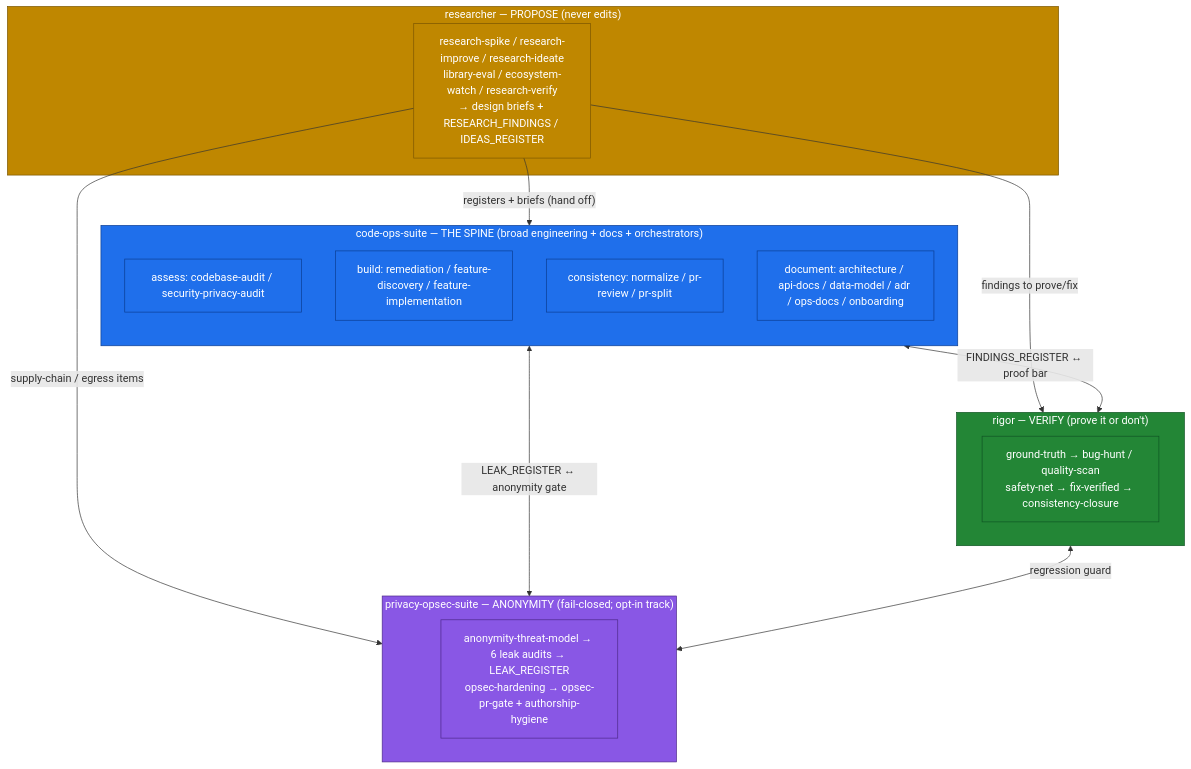
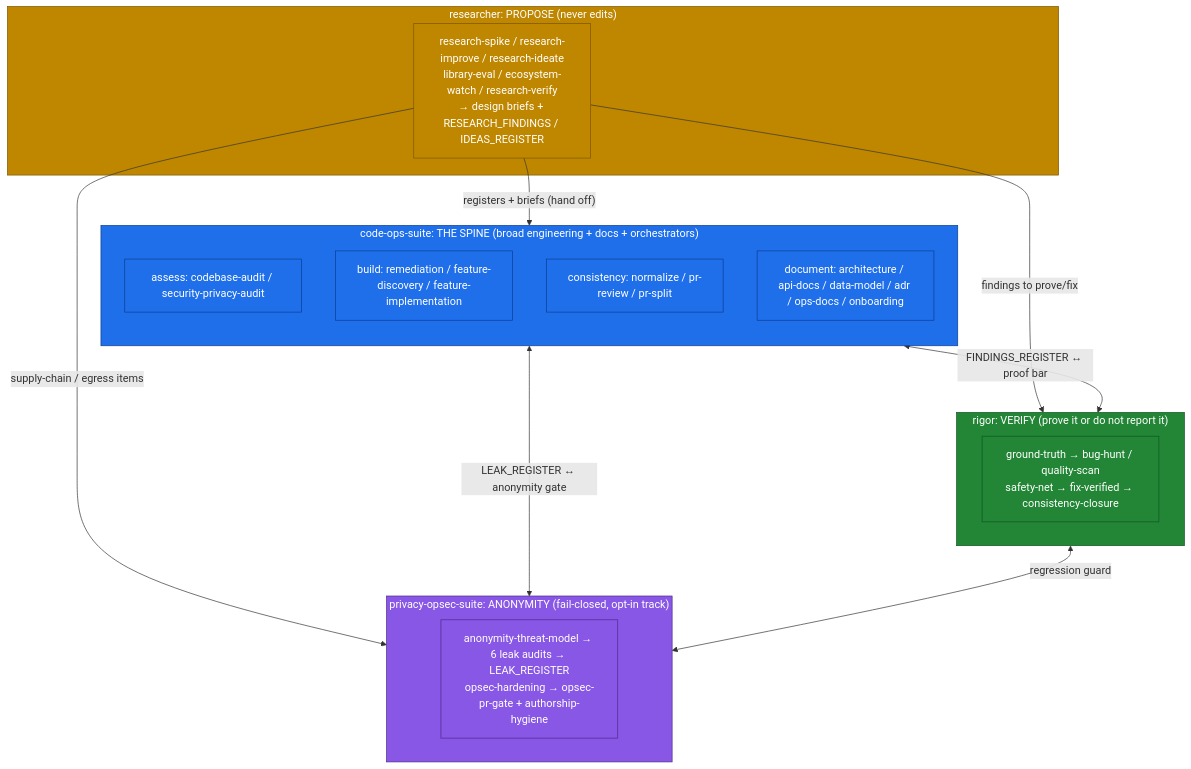
Before and after one commit to skylarsabo/code-ops: the first of 2 diagrams in code-ops-docs/40 Engineering/Handbook/02-mental-model.md, drawn with Mermaid. The commit also changed other lines of this file and 56 other files, not shown here.

````diff
--- a/code-ops-docs/40 Engineering/Handbook/02-mental-model.md
+++ b/code-ops-docs/40 Engineering/Handbook/02-mental-model.md
@@ -86,39 +88,39 @@
 ```mermaid
 flowchart TB
-    subgraph propose["researcher — PROPOSE (never edits)"]
+    subgraph propose["researcher: PROPOSE (never edits)"]
         R["research-spike / research-improve / research-ideate<br/>library-eval / ecosystem-watch / research-verify<br/>→ design briefs + RESEARCH_FINDINGS / IDEAS_REGISTER"]
     end
 
-    subgraph spine["code-ops-suite — THE SPINE (broad engineering + docs + orchestrators)"]
+    subgraph spine["code-ops-suite: THE SPINE (broad engineering + docs + orchestrators)"]
         direction TB
         AUDIT["assess: codebase-audit / security-privacy-audit"]
         BUILD["build: remediation / feature-discovery / feature-implementation"]
         NORM["consistency: normalize / pr-review / pr-split"]
         DOCS["document: architecture / api-docs / data-model / adr / ops-docs / onboarding"]
     end
 
-    subgraph verify["rigor — VERIFY (prove it or don't)"]
+    subgraph verify["rigor: VERIFY (prove it or do not report it)"]
         V["ground-truth → bug-hunt / quality-scan<br/>safety-net → fix-verified → consistency-closure"]
     end
 
-    subgraph anon["privacy-opsec-suite — ANONYMITY (fail-closed; opt-in track)"]
+    subgraph anon["privacy-opsec-suite: ANONYMITY (fail-closed, opt-in track)"]
         P["anonymity-threat-model → 6 leak audits → LEAK_REGISTER<br/>opsec-hardening → opsec-pr-gate + authorship-hygiene"]
     end
 
     R -->|"registers + briefs (hand off)"| spine
     R -->|"findings to prove/fix"| verify
     R -->|"supply-chain / egress items"| anon
 
     spine <-->|"FINDINGS_REGISTER ↔ proof bar"| verify
     spine <-->|"LEAK_REGISTER ↔ anonymity gate"| anon
     verify <-->|"regression guard"| anon
 
     classDef spineCls fill:#1f6feb,stroke:#0b3d91,color:#fff;
     classDef verifyCls fill:#238636,stroke:#0f5323,color:#fff;
     classDef anonCls fill:#8957e5,stroke:#4c2889,color:#fff;
     classDef proposeCls fill:#bf8700,stroke:#7a5600,color:#fff;
     class spine,AUDIT,BUILD,NORM,DOCS spineCls;
     class verify,V verifyCls;
     class anon,P anonCls;
     class propose,R proposeCls;
 ```
````
